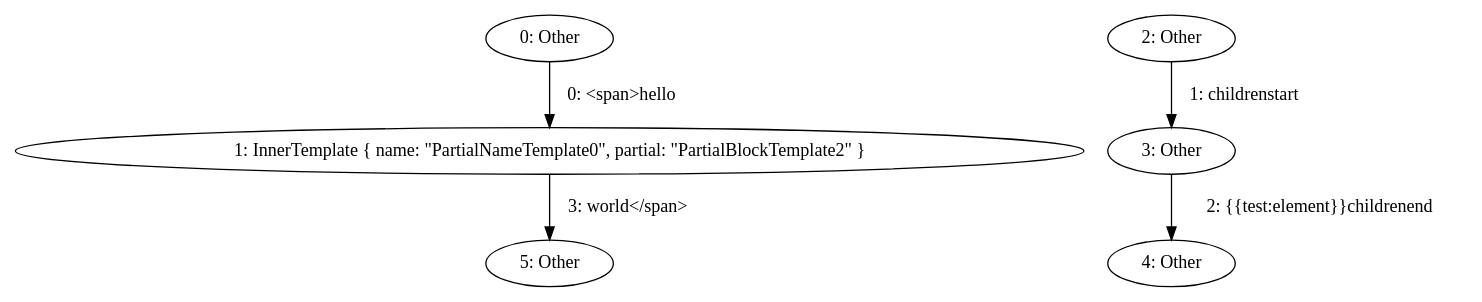
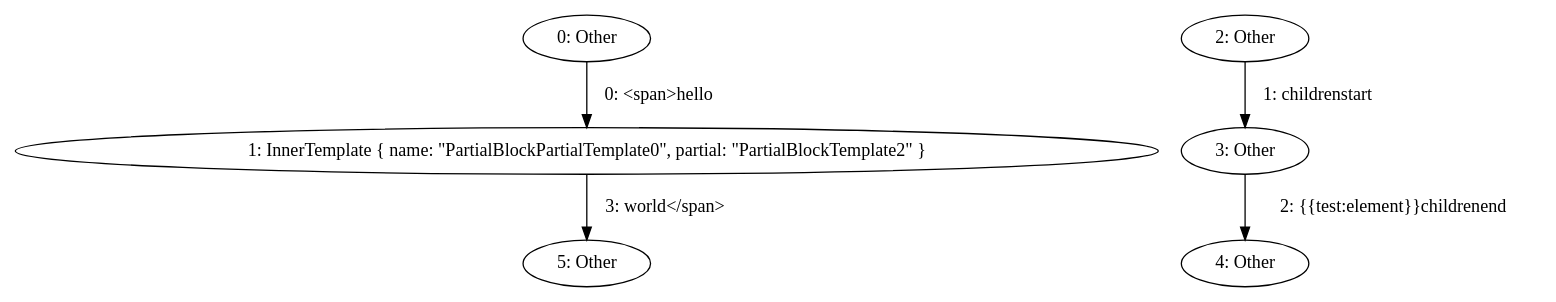
Before and after one commit to mohe2015/zero-cost-templating: the diagram in partial_block.dot, drawn with Graphviz. The commit also changed 4 other files, not shown here.

```diff
--- a/partial_block.dot
+++ b/partial_block.dot
@@ -1,12 +1,12 @@
 digraph {
     0 [ label = "0: Other" ]
-    1 [ label = "1: InnerTemplate { name: \"PartialNameTemplate0\", partial: \"PartialBlockTemplate2\" }" ]
+    1 [ label = "1: InnerTemplate { name: \"PartialBlockPartialTemplate0\", partial: \"PartialBlockTemplate2\" }" ]
     2 [ label = "2: Other" ]
     3 [ label = "3: Other" ]
     4 [ label = "4: Other" ]
     5 [ label = "5: Other" ]
     0 -> 1 [ label = "0: <span>hello" ]
     2 -> 3 [ label = "1: childrenstart" ]
     3 -> 4 [ label = "2: {{test:element}}childrenend" ]
     1 -> 5 [ label = "3: world</span>" ]
 }
```
